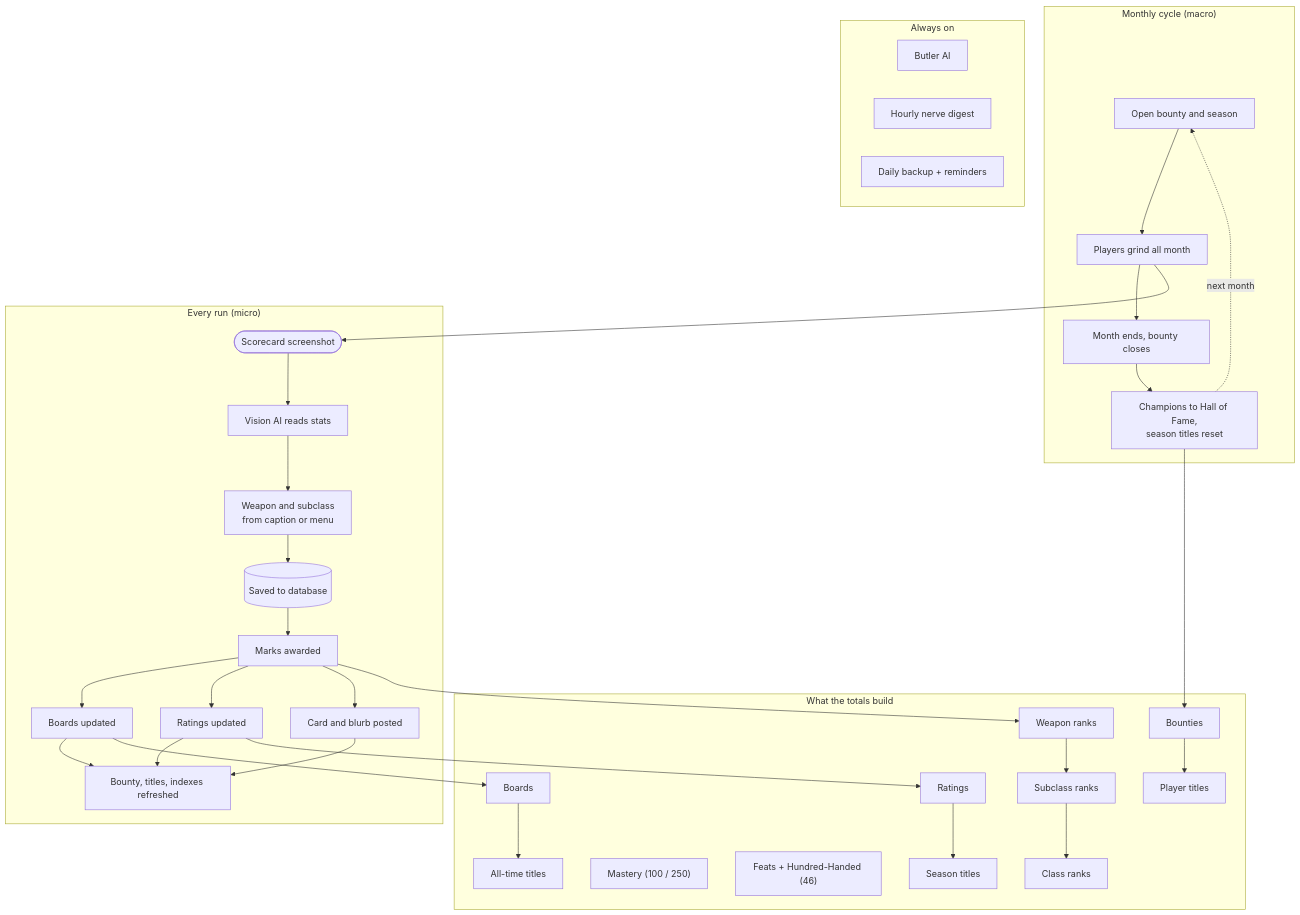
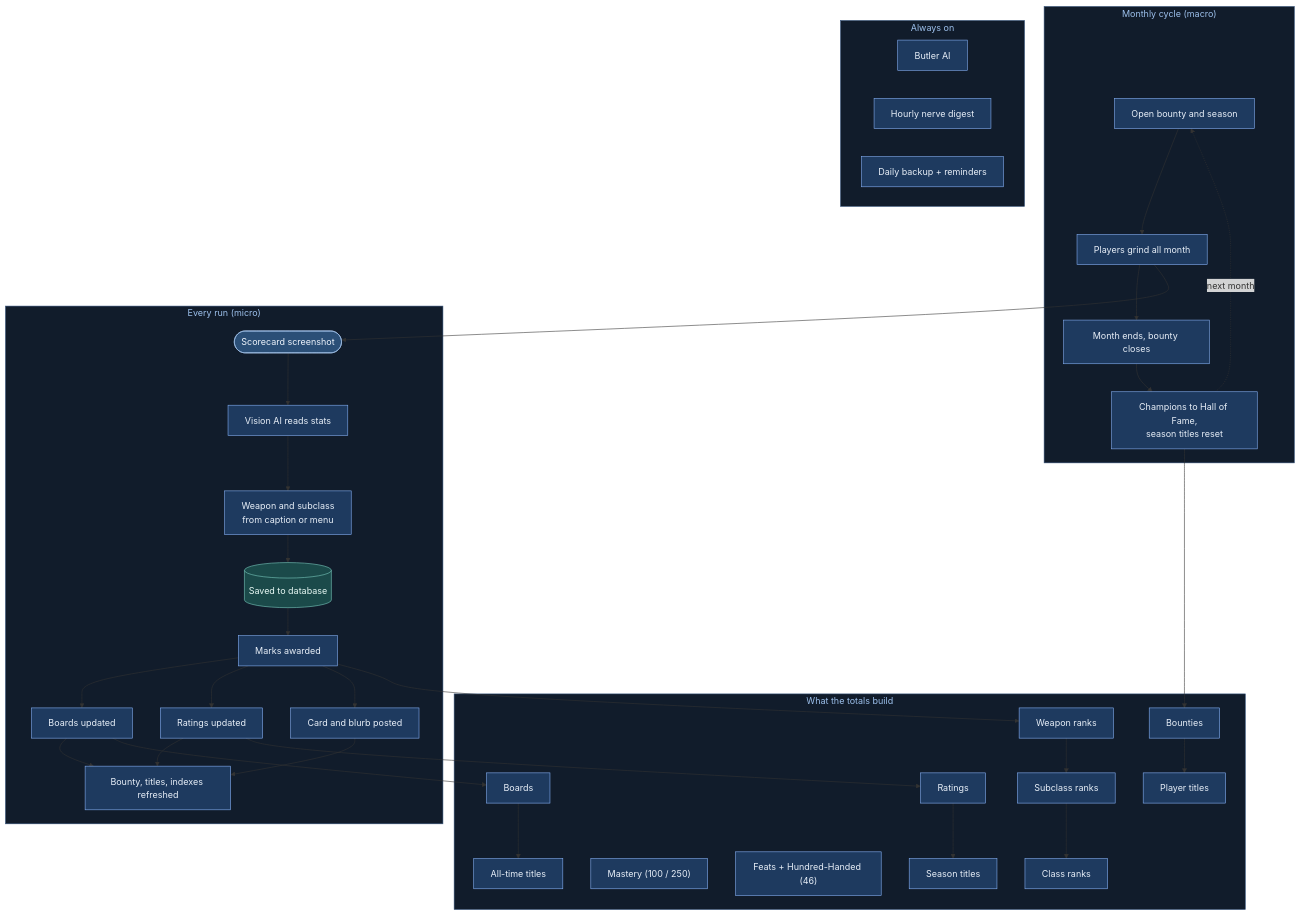
One commit to haxan-cmd/CigarLoungeButler changed the first of 2 diagrams in docs/ARCHITECTURE.md. Above: the diagram before and after it, drawn with Mermaid. The commit also changed other lines of this file, not shown here.

Commit message:
Add docs/ARCHITECTURE.md (soft-blue Mermaid diagrams) + README pointer

````diff
--- a/docs/ARCHITECTURE.md
+++ b/docs/ARCHITECTURE.md
@@ -9,43 +9,54 @@
 ```mermaid
 flowchart TD
     subgraph MACRO["Monthly cycle (macro)"]
         M1["Open bounty and season"] --> M2["Players grind all month"]
         M2 --> M3["Month ends, bounty closes"]
         M3 --> M4["Champions to Hall of Fame,<br/>season titles reset"]
         M4 -.->|next month| M1
     end
 
     subgraph MICRO["Every run (micro)"]
         S1(["Scorecard screenshot"]) --> S2["Vision AI reads stats"]
         S2 --> S3["Weapon and subclass<br/>from caption or menu"]
         S3 --> S4[("Saved to database")]
         S4 --> S5["Marks awarded"]
         S5 --> B1["Boards updated"]
         S5 --> B2["Ratings updated"]
         S5 --> B3["Card and blurb posted"]
         B1 --> S6["Bounty, titles, indexes refreshed"]
         B2 --> S6
         B3 --> S6
     end
 
     subgraph BUILD["What the totals build"]
         R1["Weapon ranks"] --> R2["Subclass ranks"] --> R3["Class ranks"]
         MA["Mastery (100 / 250)"]
         FE["Feats + Hundred-Handed (46)"]
         T1["Boards"] --> T2["All-time titles"]
         T3["Ratings"] --> T4["Season titles"]
         T5["Bounties"] --> T6["Player titles"]
     end
 
     subgraph BG["Always on"]
         BUT["Butler AI"]
         NRV["Hourly nerve digest"]
         BKP["Daily backup + reminders"]
     end
 
     M2 --> S1
     S5 --> R1
     B1 --> T1
     B2 --> T3
     M4 --> T5
+
+    classDef node fill:#1e3a5f,stroke:#89b4fa,color:#e8eff8
+    classDef start fill:#2b4f77,stroke:#a9c9f0,color:#eef4fc
+    classDef db fill:#1b4a4a,stroke:#7fd0c4,color:#e7f8f4
+    class M1,M2,M3,M4,S2,S3,S5,B1,B2,B3,S6,R1,R2,R3,MA,FE,T1,T2,T3,T4,T5,T6,BUT,NRV,BKP node
+    class S1 start
+    class S4 db
+    style MACRO fill:#111c2b,stroke:#34527b,color:#9dc0ec
+    style MICRO fill:#111c2b,stroke:#34527b,color:#9dc0ec
+    style BUILD fill:#111c2b,stroke:#34527b,color:#9dc0ec
+    style BG fill:#111c2b,stroke:#34527b,color:#9dc0ec
 ```
````
